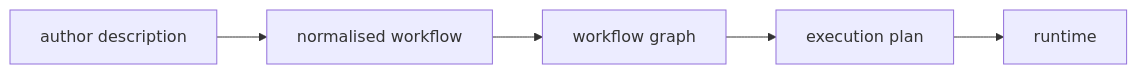
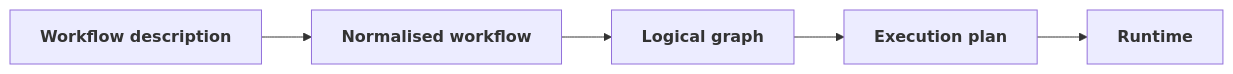
The seventh of 7 diagrams in docs/authoring/index.md (FAST-HEP/fasthep-flow), drawn with Mermaid before and after one commit. The commit also changed other lines of this file and 7 other files, not shown here.

````diff
--- a/docs/authoring/index.md
+++ b/docs/authoring/index.md
@@ -422,10 +424,10 @@
 ```{mermaid}
 flowchart LR
-    Author["author description"]
-    Normalised["normalised workflow"]
-    Graph["workflow graph"]
-    Plan["execution plan"]
-    Runtime["runtime"]
+    Workflow["<b>Workflow description</b>"]:::input
+    Normalised["<b>Normalised workflow</b>"]:::flow
+    Graph["<b>Logical graph</b>"]:::flow
+    Plan["<b>Execution plan</b>"]:::plan
+    Runtime["<b>Runtime</b>"]:::runtime
 
-    Author --> Normalised --> Graph --> Plan --> Runtime
+    Workflow --> Normalised --> Graph --> Plan --> Runtime
 ```
````
